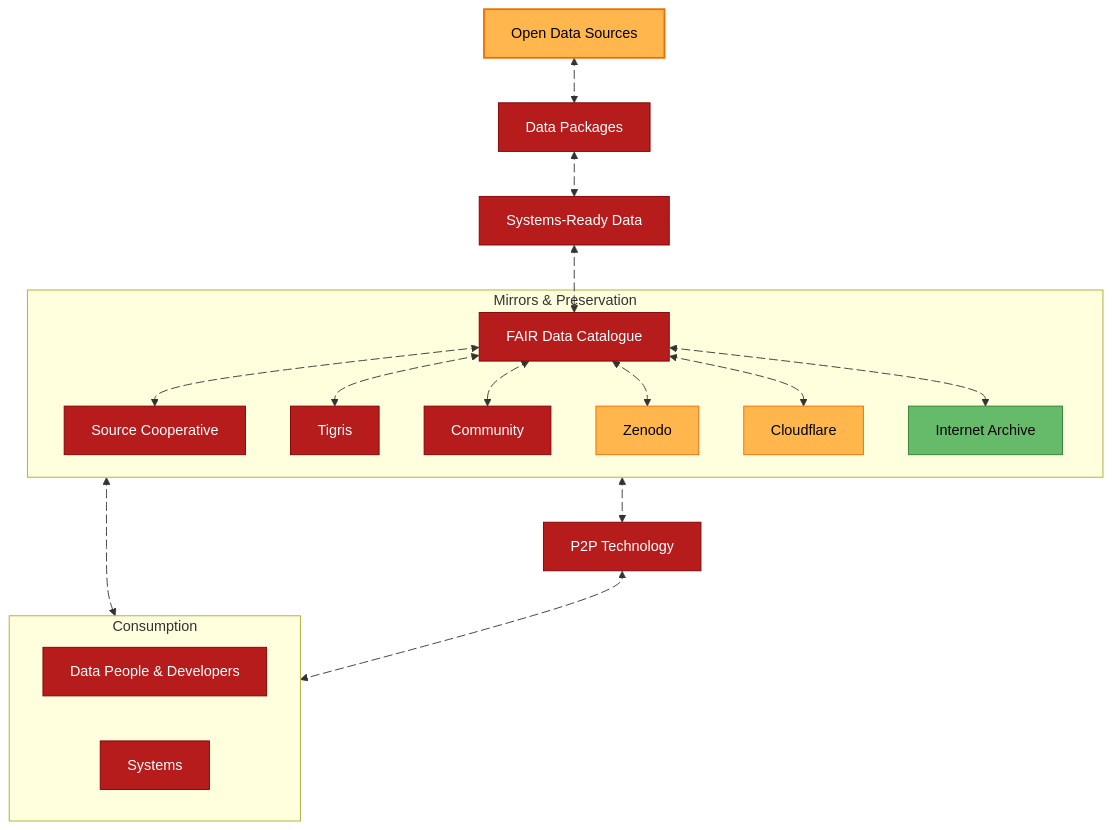
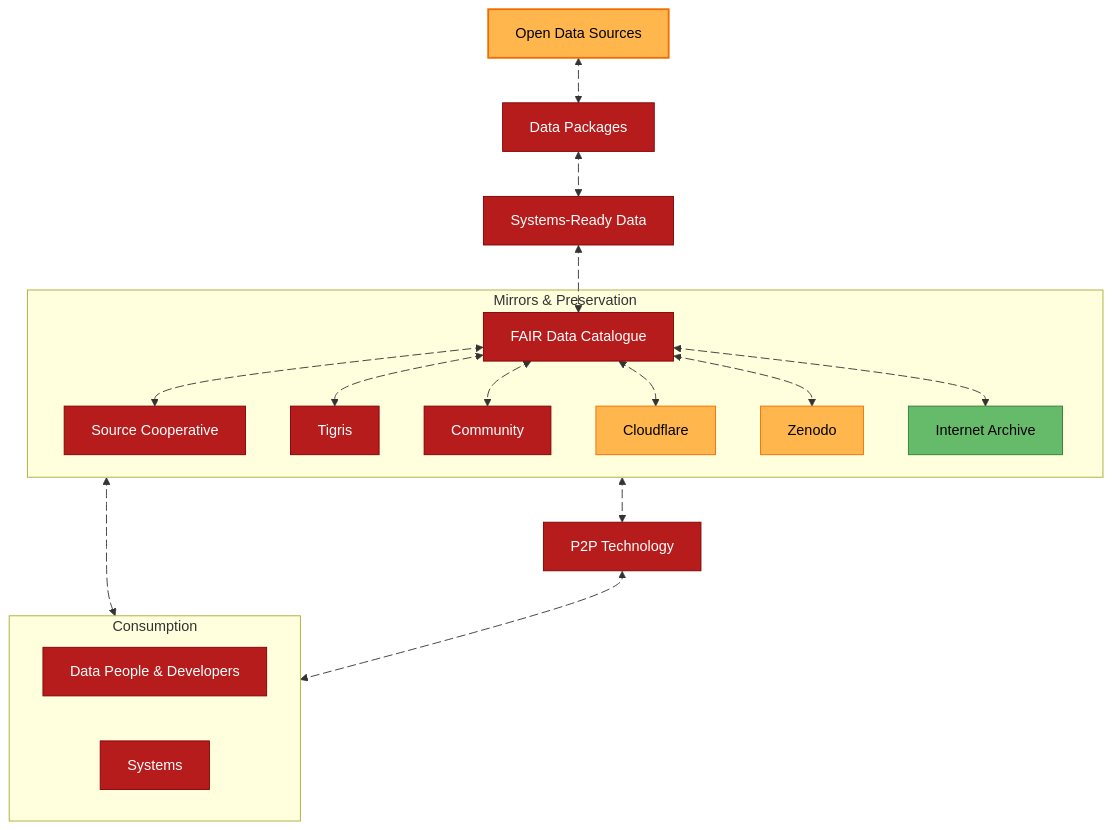
One commit to dataforcanada/www.dataforcanada.org changed the first of 2 diagrams in content/docs/d4c-infra-distribution/_index.md. Above: the diagram before and after it, drawn with Mermaid. The commit also changed other lines of this file, not shown here.

Commit message:
Cloudflare should be ahead of Zenodo. Zenodo has, well, issues with large uploads and I don't want to deal with that right now. This is a prioritized order

```diff
--- a/content/docs/d4c-infra-distribution/_index.md
+++ b/content/docs/d4c-infra-distribution/_index.md
@@ -18,8 +18,8 @@
         SourceCoop[Source Cooperative]
         Tigris[Tigris]
         Community[Community]
+        Cloudflare
         Zenodo[Zenodo]
-        Cloudflare
         InternetArchive[Internet Archive]
         Metadata[FAIR Data Catalogue]
     end
```
